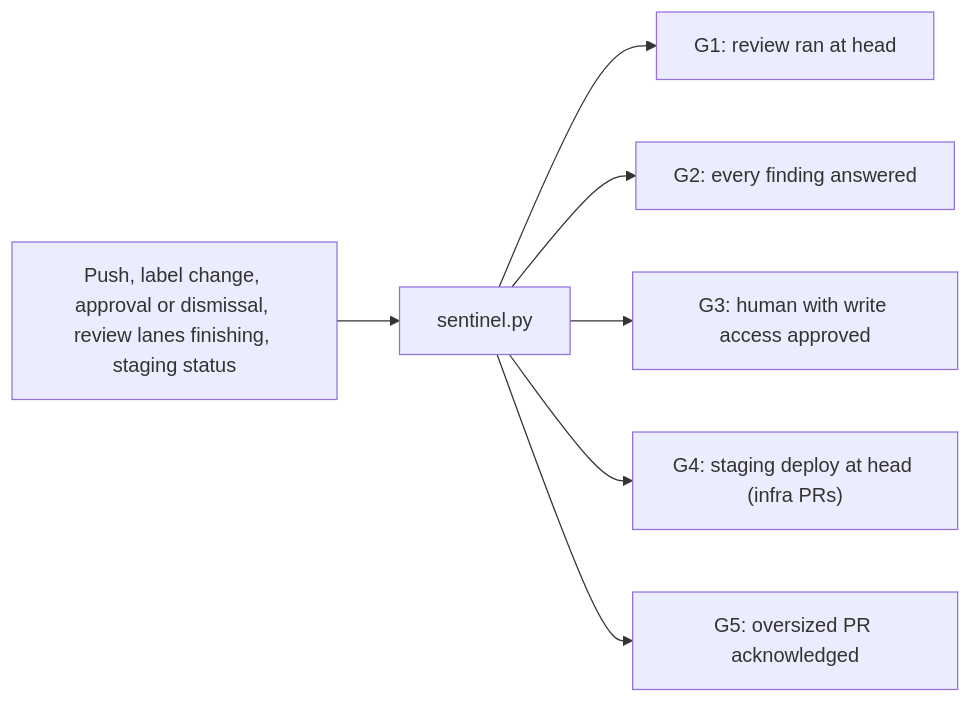
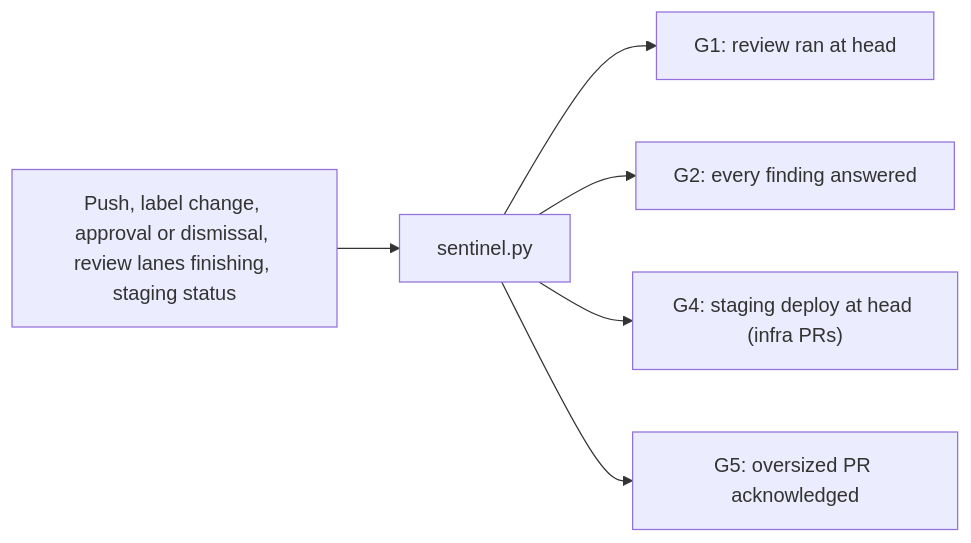
The seventh of 9 diagrams in BUILD-AND-DEPLOY.md (pulumi/docs), drawn with Mermaid before and after one commit. The commit also changed other lines of this file and 31 other files, not shown here.

````diff
--- a/BUILD-AND-DEPLOY.md
+++ b/BUILD-AND-DEPLOY.md
@@ -1332,9 +1332,8 @@
 ```mermaid
 flowchart LR
   EV["`Push, label change, approval or dismissal, review lanes finishing, staging status`"] --> SE["`sentinel.py`"]
   SE --> G1["`G1: review ran at head`"]
   SE --> G2["`G2: every finding answered`"]
-  SE --> G3["`G3: human with write access approved`"]
   SE --> G4["`G4: staging deploy at head (infra PRs)`"]
   SE --> G5["`G5: oversized PR acknowledged`"]
 ```
````
